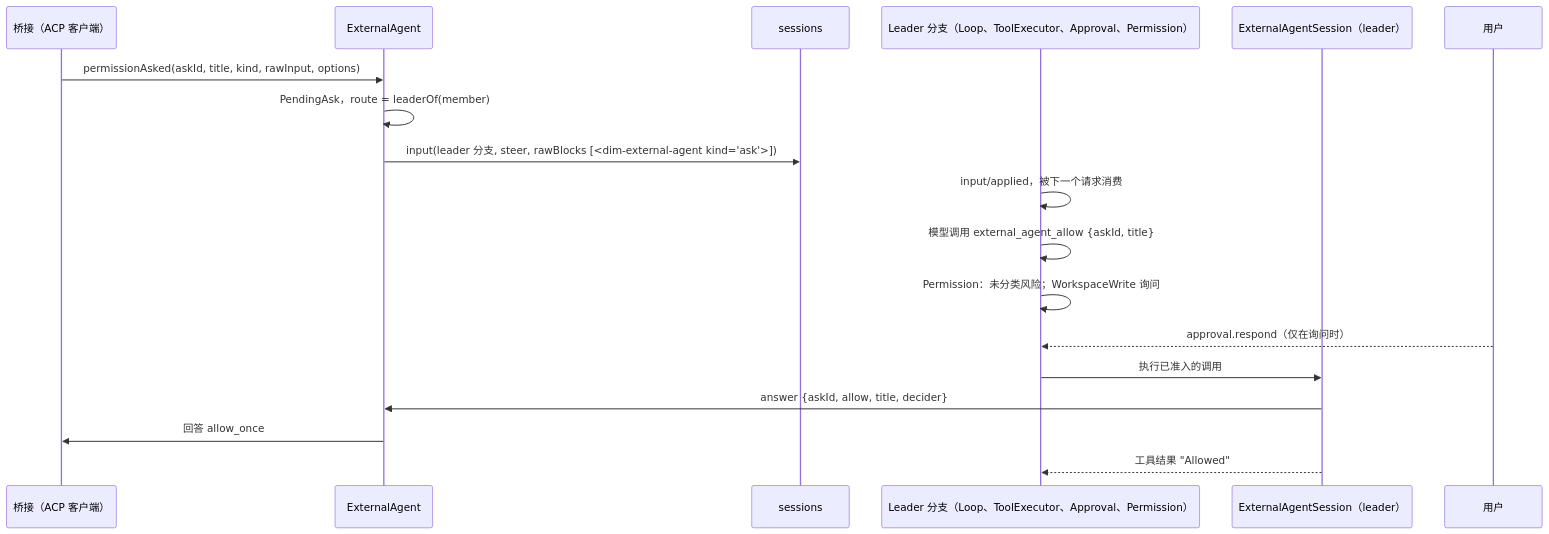
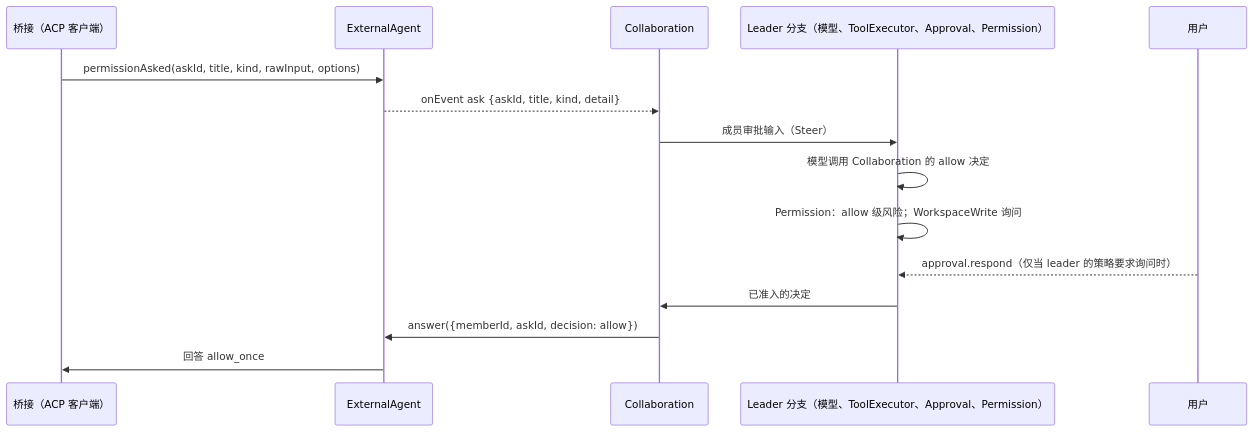
Before and after one commit to CoutinhoTTS/dim-agent: the third of 3 diagrams in docs/zh/design/plugins/ExternalAgent.md, drawn with Mermaid. The commit also changed other lines of this file and 16 other files, not shown here.

First line of the commit message:
docs(external-agent): redesign external agents as Collaboration sub-agents

````diff
--- a/docs/zh/design/plugins/ExternalAgent.md
+++ b/docs/zh/design/plugins/ExternalAgent.md
@@ -227,20 +143,17 @@
 ```mermaid
 sequenceDiagram
-  participant BR as 桥接（ACP 客户端）
-  participant EA as ExternalAgent
-  participant SA as sessions
-  participant LB as Leader 分支（Loop、ToolExecutor、Approval、Permission）
-  participant ES as ExternalAgentSession（leader）
+  participant B as 桥接（ACP 客户端）
+  participant X as ExternalAgent
+  participant C as Collaboration
+  participant L as Leader 分支（模型、ToolExecutor、Approval、Permission）
   participant U as 用户
-  BR->>EA: permissionAsked(askId, title, kind, rawInput, options)
-  EA->>EA: PendingAsk，route = leaderOf(member)
-  EA->>SA: input(leader 分支, steer, rawBlocks [<dim-external-agent kind="ask">])
-  LB->>LB: input/applied，被下一个请求消费
-  LB->>LB: 模型调用 external_agent_allow {askId, title}
-  LB->>LB: Permission：未分类风险；WorkspaceWrite 询问
-  U-->>LB: approval.respond（仅在询问时）
-  LB->>ES: 执行已准入的调用
-  ES->>EA: answer {askId, allow, title, decider}
-  EA->>BR: 回答 allow_once
-  ES-->>LB: 工具结果 "Allowed"
+  B->>X: permissionAsked(askId, title, kind, rawInput, options)
+  X-->>C: onEvent ask {askId, title, kind, detail}
+  C->>L: 成员审批输入（Steer）
+  L->>L: 模型调用 Collaboration 的 allow 决定
+  L->>L: Permission：allow 级风险；WorkspaceWrite 询问
+  U-->>L: approval.respond（仅当 leader 的策略要求询问时）
+  L->>C: 已准入的决定
+  C->>X: answer({memberId, askId, decision: allow})
+  X->>B: 回答 allow_once
 ```
````
